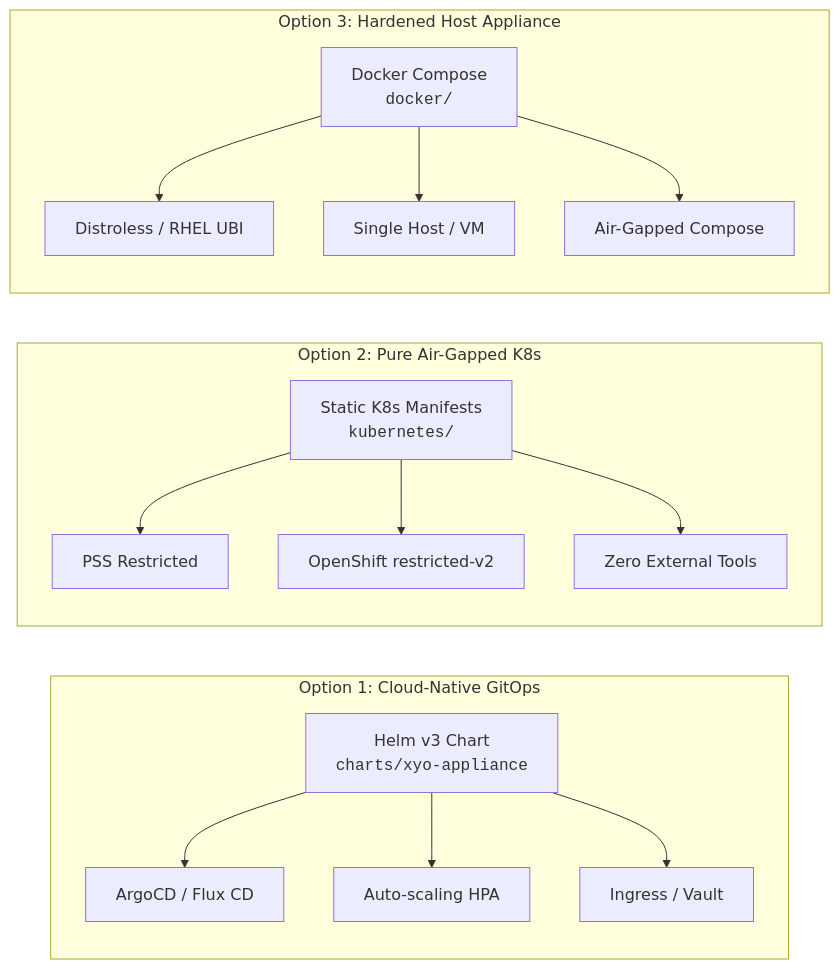
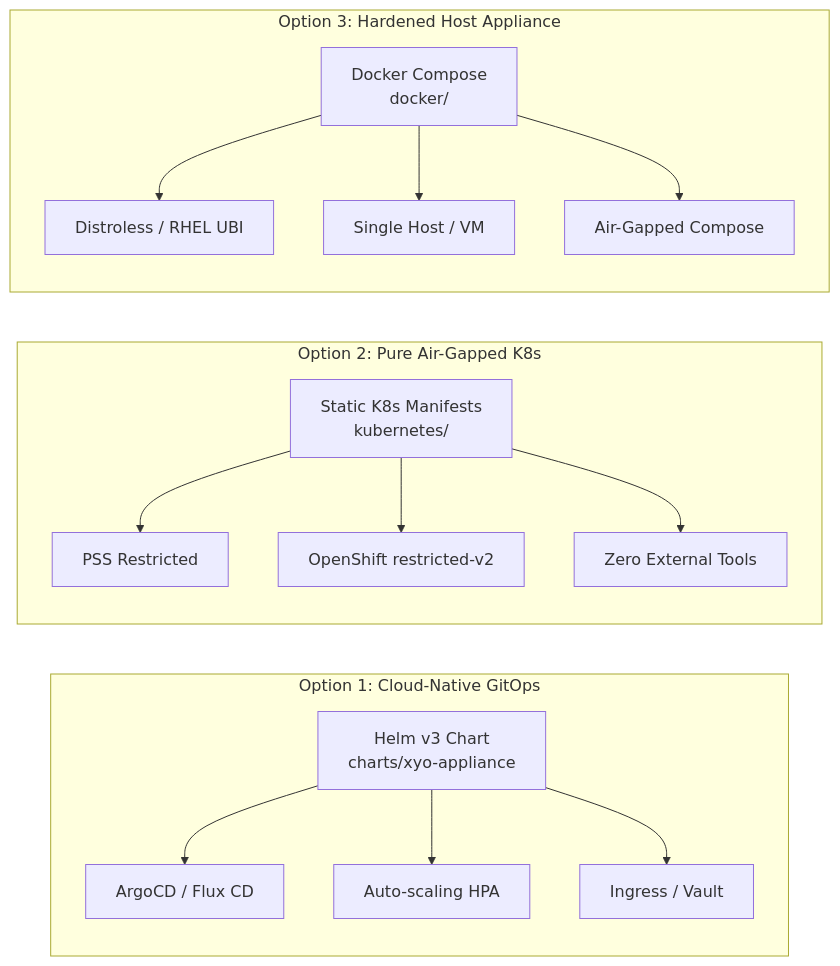
One commit to xyo-financial/xyo-financial changed the first of 2 diagrams in onboarding/enterprise-gov/README.md. Above: the diagram before and after it, drawn with Mermaid. The commit also changed other lines of this file and 2 other files, not shown here.

Commit message:
fix(docs): fix mermaid diagram subgraph syntax across enterprise-gov docs (#11)

````diff
--- a/onboarding/enterprise-gov/README.md
+++ b/onboarding/enterprise-gov/README.md
@@ -25,23 +25,23 @@
 ```mermaid
 graph LR
-    subgraph Option 1: Cloud-Native GitOps
-        A[Helm v3 Chart<br/><code>charts/xyo-appliance</code>]
-        A --> A1[ArgoCD / Flux CD]
-        A --> A2[Auto-scaling HPA]
-        A --> A3[Ingress / Vault]
+    subgraph Option1 ["Option 1: Cloud-Native GitOps"]
+        A["Helm v3 Chart<br/>charts/xyo-appliance"]
+        A --> A1["ArgoCD / Flux CD"]
+        A --> A2["Auto-scaling HPA"]
+        A --> A3["Ingress / Vault"]
     end
 
-    subgraph Option 2: Pure Air-Gapped K8s
-        B[Static K8s Manifests<br/><code>kubernetes/</code>]
-        B --> B1[PSS Restricted]
-        B --> B2[OpenShift restricted-v2]
-        B --> B3[Zero External Tools]
+    subgraph Option2 ["Option 2: Pure Air-Gapped K8s"]
+        B["Static K8s Manifests<br/>kubernetes/"]
+        B --> B1["PSS Restricted"]
+        B --> B2["OpenShift restricted-v2"]
+        B --> B3["Zero External Tools"]
     end
 
-    subgraph Option 3: Hardened Host Appliance
-        C[Docker Compose<br/><code>docker/</code>]
-        C --> C1[Distroless / RHEL UBI]
-        C --> C2[Single Host / VM]
-        C --> C3[Air-Gapped Compose]
+    subgraph Option3 ["Option 3: Hardened Host Appliance"]
+        C["Docker Compose<br/>docker/"]
+        C --> C1["Distroless / RHEL UBI"]
+        C --> C2["Single Host / VM"]
+        C --> C3["Air-Gapped Compose"]
     end
 ```
````
